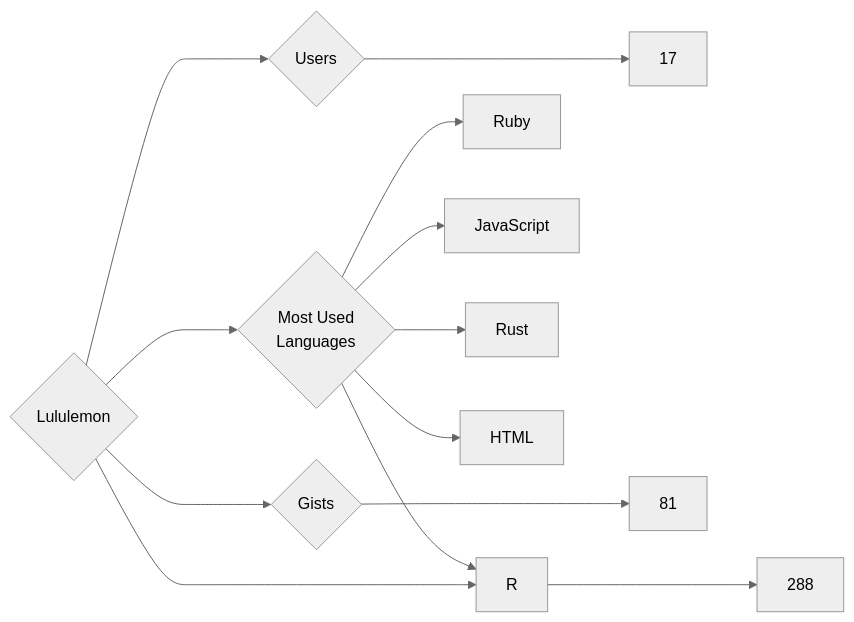
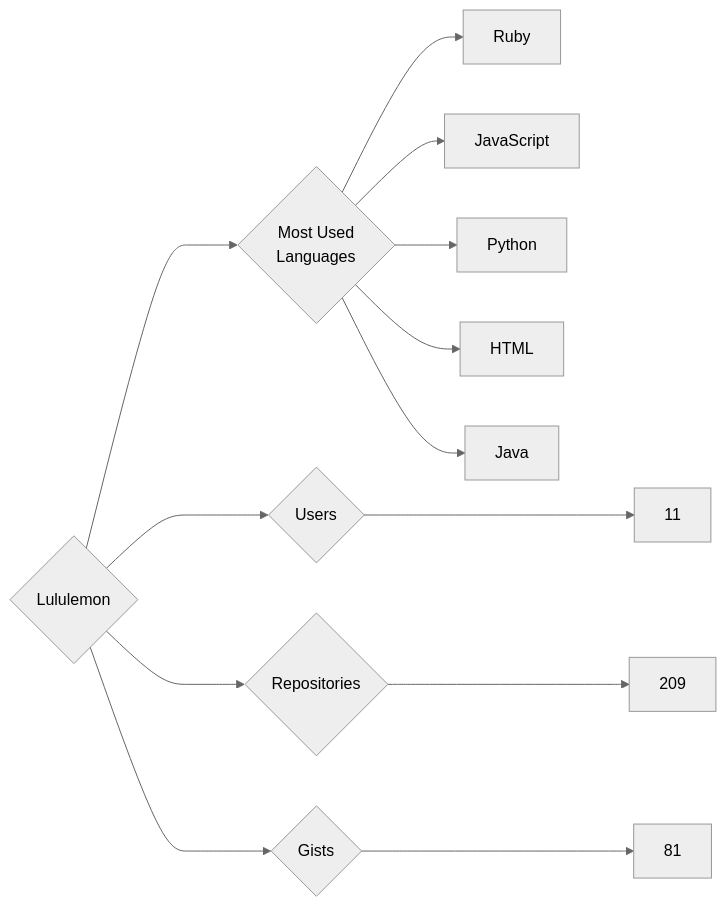
Before and after one commit to trickest/insiders: the diagram in targets/Lululemon/README.md, drawn with Mermaid (neutral theme). The commit also changed 823 other files, not shown here.

````diff
--- a/targets/Lululemon/README.md
+++ b/targets/Lululemon/README.md
@@ -3,13 +3,13 @@
 ```mermaid
 graph LR
 COMPANY_NAME{Lululemon}
-COMPANY_NAME ---> U{Users} ---> UN[17]
-COMPANY_NAME ---> R{Repositories} ---> RN[288]
+COMPANY_NAME ---> U{Users} ---> UN[11]
+COMPANY_NAME ---> R{Repositories} ---> RN[209]
 COMPANY_NAME ---> G{Gists} ---> GN[81]
 COMPANY_NAME ---> ML{Most Used<br>Languages}
 ML --> Ruby[Ruby]
 ML --> JavaScript[JavaScript]
-ML --> Rust[Rust]
-ML --> R[R]
+ML --> Python[Python]
 ML --> HTML[HTML]
+ML --> Java[Java]
 ```
````
